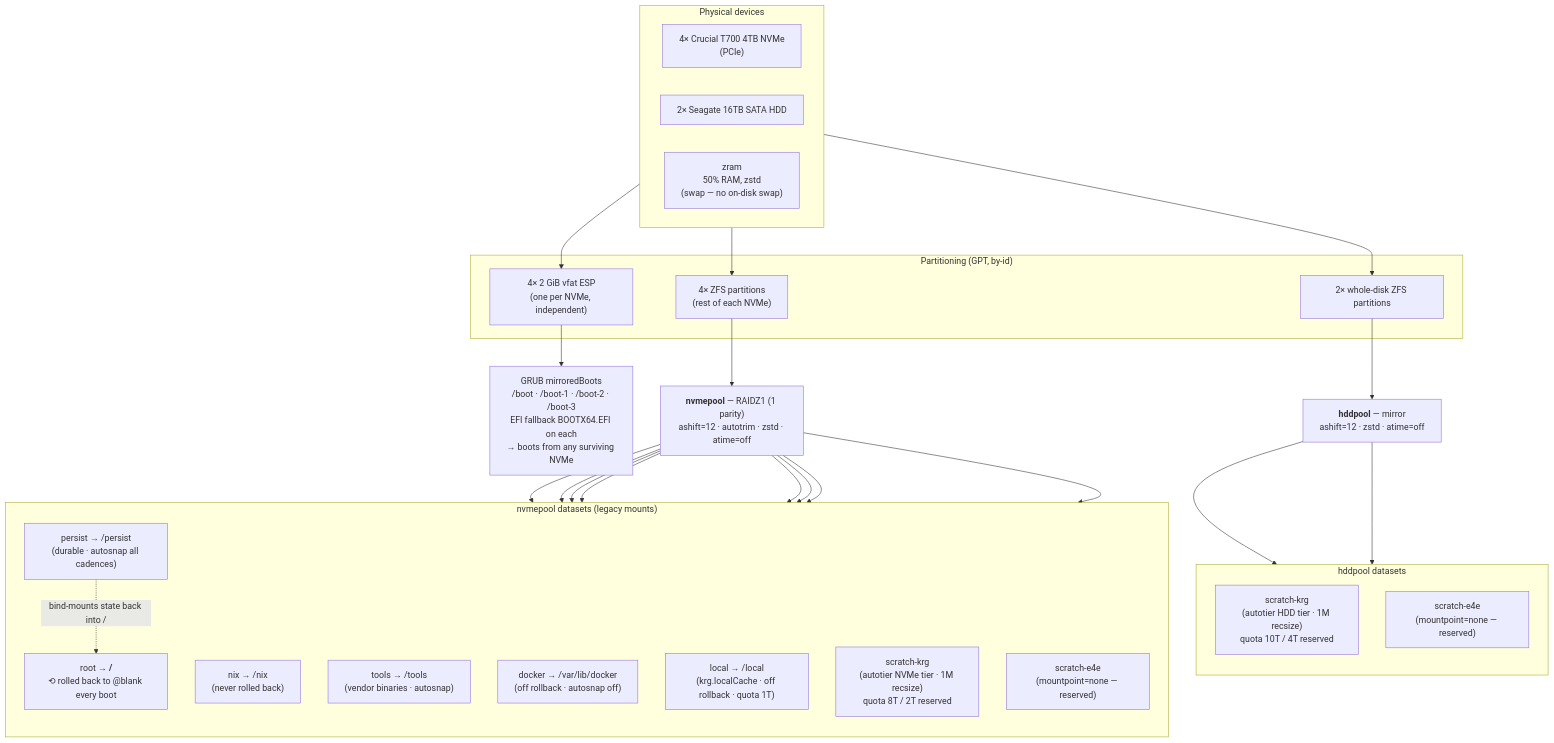
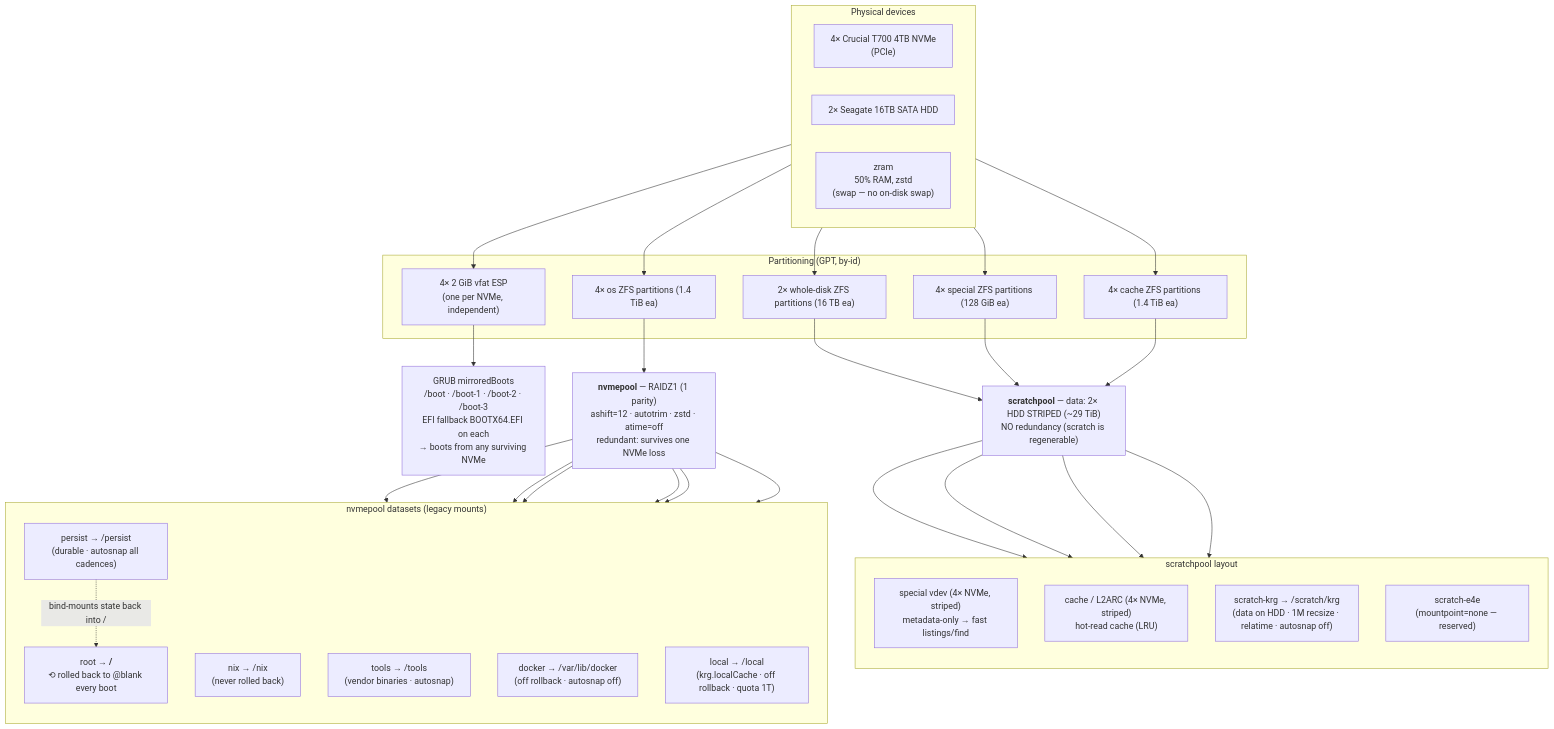
Before and after one commit to KastnerRG/krg-nixos-flakes: the first of 3 diagrams in docs/waiter-topology.md, drawn with Mermaid. The commit also changed other lines of this file and 15 other files, not shown here.

First line of the commit message:
feat(waiter): greenfield ZFS-native /scratch (replace autotier) (#64)

````diff
--- a/docs/waiter-topology.md
+++ b/docs/waiter-topology.md
@@ -31,47 +37,53 @@
 ```mermaid
 flowchart TB
   subgraph disks["Physical devices"]
     direction LR
     nv["4× Crucial T700 4TB NVMe<br/>(PCIe)"]
     hd["2× Seagate 16TB SATA HDD"]
     zr["zram<br/>50% RAM, zstd<br/>(swap — no on-disk swap)"]
   end
 
   subgraph parts["Partitioning (GPT, by-id)"]
     esp["4× 2 GiB vfat ESP<br/>(one per NVMe, independent)"]
-    nvz["4× ZFS partitions<br/>(rest of each NVMe)"]
-    hdz["2× whole-disk ZFS partitions"]
+    nvo["4× os ZFS partitions (1.4 TiB ea)"]
+    nvsp["4× special ZFS partitions (128 GiB ea)"]
+    nvc["4× cache ZFS partitions (1.4 TiB ea)"]
+    hdz["2× whole-disk ZFS partitions (16 TB ea)"]
   end
 
   nv --> esp
-  nv --> nvz
+  nv --> nvo
+  nv --> nvsp
+  nv --> nvc
   hd --> hdz
 
   esp --> grub["GRUB mirroredBoots<br/>/boot · /boot-1 · /boot-2 · /boot-3<br/>EFI fallback BOOTX64.EFI on each<br/>→ boots from any surviving NVMe"]
 
-  nvz --> nvmepool["<b>nvmepool</b> — RAIDZ1 (1 parity)<br/>ashift=12 · autotrim · zstd · atime=off"]
-  hdz --> hddpool["<b>hddpool</b> — mirror<br/>ashift=12 · zstd · atime=off"]
+  nvo --> nvmepool["<b>nvmepool</b> — RAIDZ1 (1 parity)<br/>ashift=12 · autotrim · zstd · atime=off<br/>redundant: survives one NVMe loss"]
+  hdz --> scratchpool["<b>scratchpool</b> — data: 2× HDD STRIPED (~29 TiB)<br/>NO redundancy (scratch is regenerable)"]
+  nvsp --> scratchpool
+  nvc --> scratchpool
 
   subgraph nvds["nvmepool datasets (legacy mounts)"]
     direction TB
     d_root["root → <b>/</b><br/>⟲ rolled back to @blank every boot"]
     d_nix["nix → /nix<br/>(never rolled back)"]
     d_persist["persist → /persist<br/>(durable · autosnap all cadences)"]
     d_tools["tools → /tools<br/>(vendor binaries · autosnap)"]
     d_docker["docker → /var/lib/docker<br/>(off rollback · autosnap off)"]
     d_local["local → /local<br/>(krg.localCache · off rollback · quota 1T)"]
-    d_skrg["scratch-krg<br/>(autotier NVMe tier · 1M recsize)<br/>quota 8T / 2T reserved"]
-    d_se4e["scratch-e4e<br/>(mountpoint=none — reserved)"]
   end
 
-  subgraph hdds["hddpool datasets"]
+  subgraph spds["scratchpool layout"]
     direction TB
-    h_skrg["scratch-krg<br/>(autotier HDD tier · 1M recsize)<br/>quota 10T / 4T reserved"]
-    h_se4e["scratch-e4e<br/>(mountpoint=none — reserved)"]
+    sp_special["special vdev (4× NVMe, striped)<br/>metadata-only → fast listings/find"]
+    sp_cache["cache / L2ARC (4× NVMe, striped)<br/>hot-read cache (LRU)"]
+    sp_skrg["scratch-krg → /scratch/krg<br/>(data on HDD · 1M recsize · relatime · autosnap off)"]
+    sp_se4e["scratch-e4e<br/>(mountpoint=none — reserved)"]
   end
 
-  nvmepool --> d_root & d_nix & d_persist & d_tools & d_docker & d_local & d_skrg & d_se4e
-  hddpool --> h_skrg & h_se4e
+  nvmepool --> d_root & d_nix & d_persist & d_tools & d_docker & d_local
+  scratchpool --> sp_special & sp_cache & sp_skrg & sp_se4e
 
   d_persist -.->|"bind-mounts state back into /"| d_root
 ```
````
